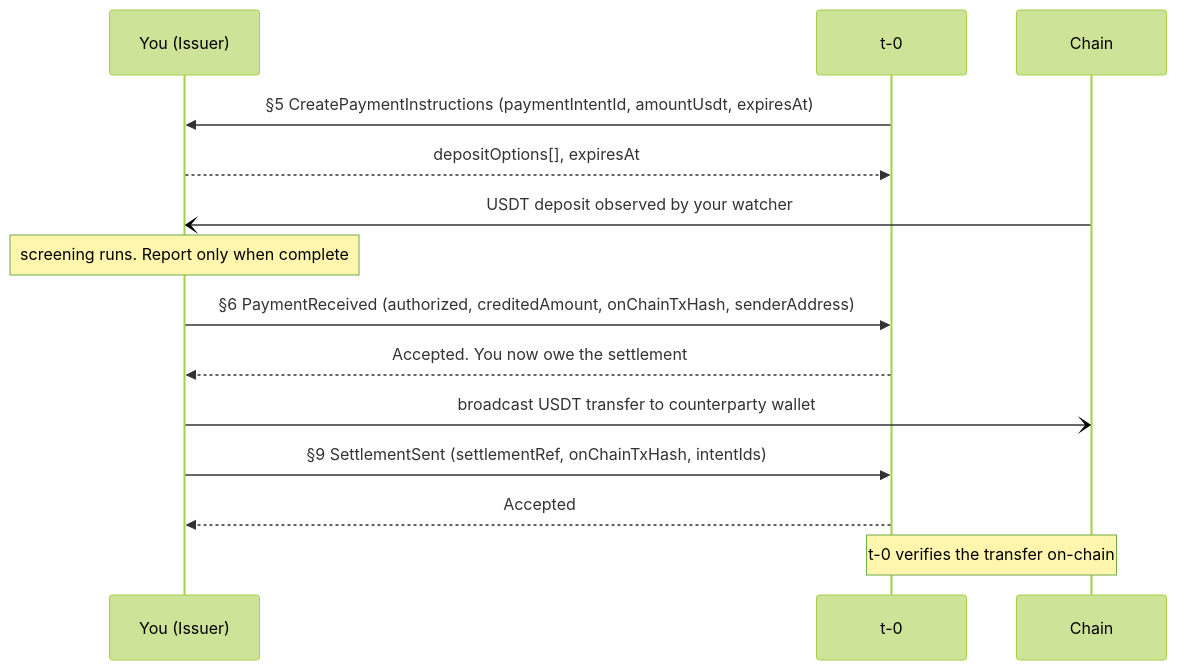
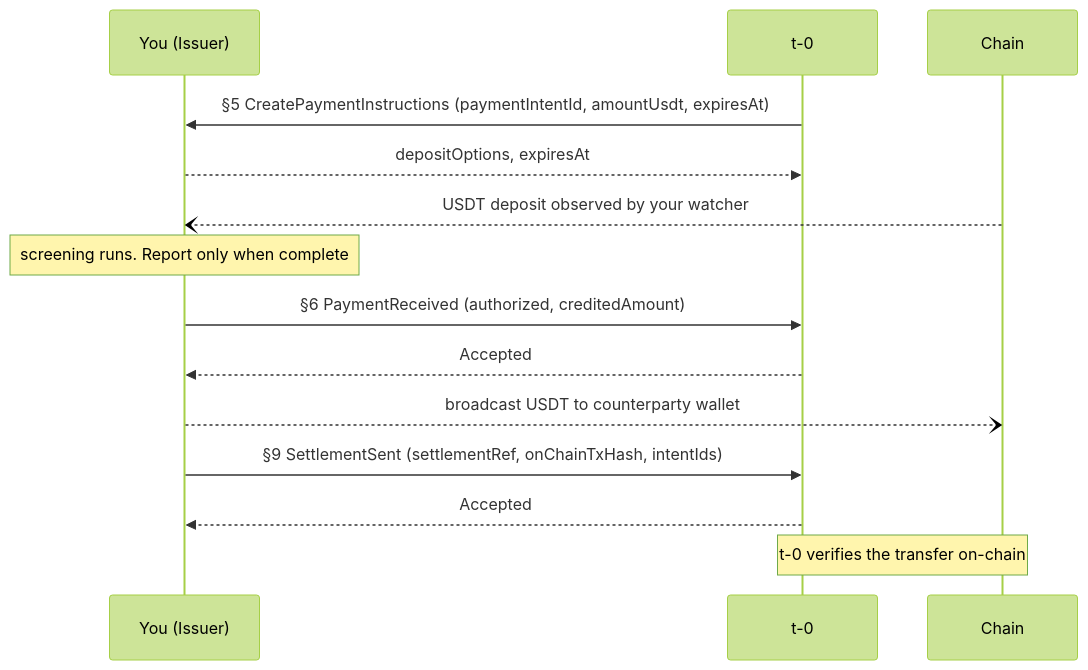
The diagram in content/docs/payments/issuer.md (t-0-network/usdt-pay-docs), drawn with Mermaid (forest theme) before and after one commit. The commit also changed other lines of this file and 2 other files, not shown here.

Commit message:
docs: consensus diagram fixes from Codex and Opus reviews
Arrow syntax: change all -) to --) so transfers render as dashed
open arrows, matching the legend and distinguishing them from API
calls (solid) and responses (dashed closed).

Trim over-70-char labels: A2 §11 (76→44), A2 §12 (77→48),
I1 §6 (77→52). Keep only fields referenced by a downstream
diagram element; the endpoint table has the full inventory.

I1: drop "You now owe the settlement" from the §6 response
(obligation rule belongs in prose, not an arrow label).
L2: swap quoteId for acquirerId on §8 (acquirerId drives the
LP's bank-account resolution). Fix note span from LP,BC to
LP,BANK (the two legs terminate at both endpoints).

Update the legend on all three pages to distinguish solid calls,
dashed responses, and dashed open transfers.

````diff
--- a/content/docs/payments/issuer.md
+++ b/content/docs/payments/issuer.md
@@ -33,16 +33,16 @@
 ```mermaid
 sequenceDiagram
     participant ISS as You (Issuer)
     participant T0 as t-0
     participant BC as Chain
     T0->>ISS: §5 CreatePaymentInstructions (paymentIntentId, amountUsdt, expiresAt)
-    ISS-->>T0: depositOptions[], expiresAt
-    BC-)ISS: USDT deposit observed by your watcher
+    ISS-->>T0: depositOptions, expiresAt
+    BC--)ISS: USDT deposit observed by your watcher
     Note over ISS: screening runs. Report only when complete
-    ISS->>T0: §6 PaymentReceived (authorized, creditedAmount, onChainTxHash, senderAddress)
-    T0-->>ISS: Accepted. You now owe the settlement
-    ISS-)BC: broadcast USDT transfer to counterparty wallet
+    ISS->>T0: §6 PaymentReceived (authorized, creditedAmount)
+    T0-->>ISS: Accepted
+    ISS--)BC: broadcast USDT to counterparty wallet
     ISS->>T0: §9 SettlementSent (settlementRef, onChainTxHash, intentIds)
     T0-->>ISS: Accepted
     Note over T0,BC: t-0 verifies the transfer on-chain
 ```
````
